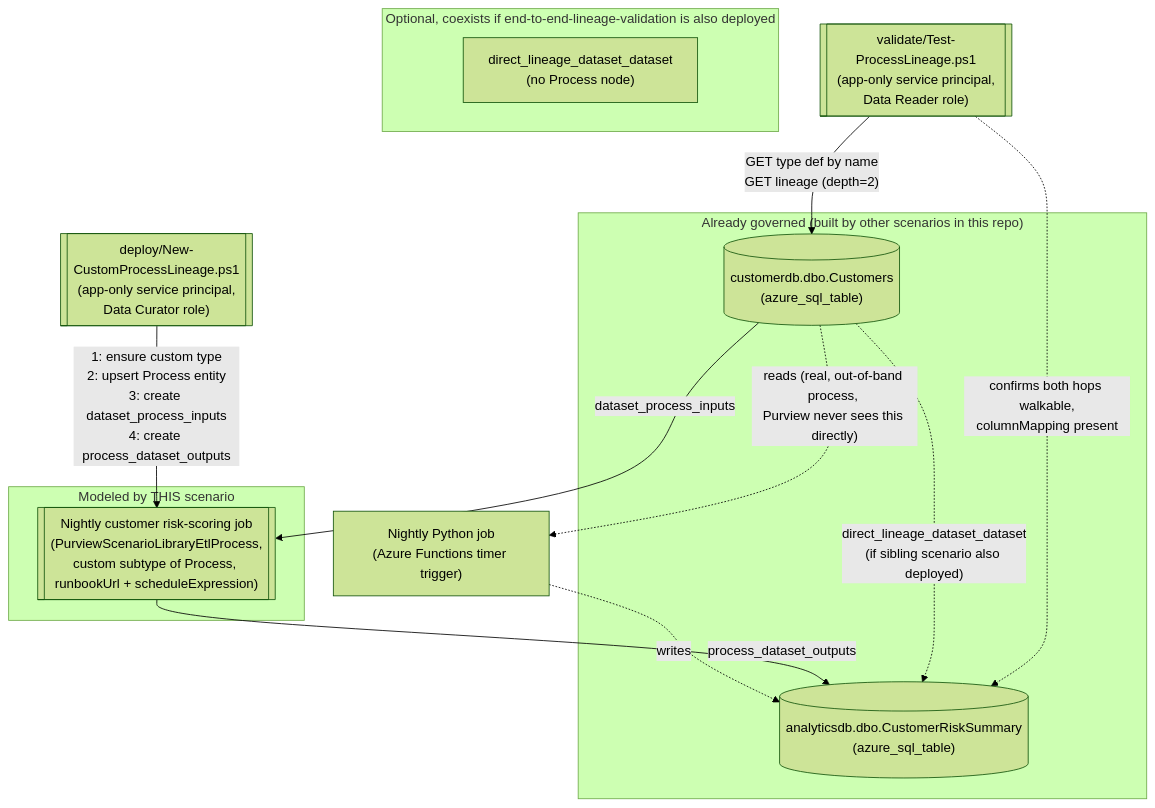
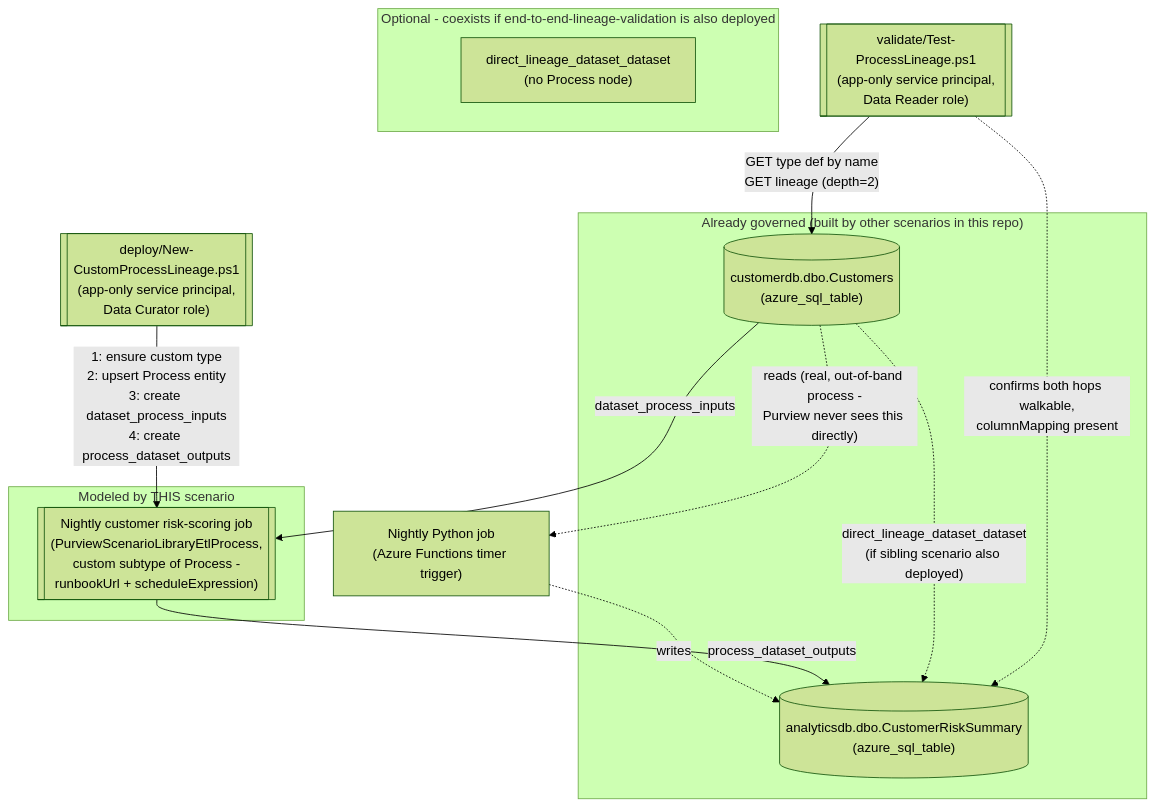
The diagram in src/content/scenarios/data-lineage/custom-process-lineage.md (kpsec1/kpsec1.github.io), drawn with Mermaid (forest theme) before and after one commit. The commit also changed other lines of this file and 374 other files, not shown here.

````diff
--- a/src/content/scenarios/data-lineage/custom-process-lineage.md
+++ b/src/content/scenarios/data-lineage/custom-process-lineage.md
@@ -64,29 +64,29 @@
 ```mermaid
 flowchart TD
     subgraph Assets["Already governed (built by other scenarios in this repo)"]
         Src[("customerdb.dbo.Customers<br/>(azure_sql_table)")]
         Dst[("analyticsdb.dbo.CustomerRiskSummary<br/>(azure_sql_table)")]
     end
 
     subgraph Modeled["Modeled by THIS scenario"]
-        Proc[["Nightly customer risk-scoring job<br/>(PurviewScenarioLibraryEtlProcess,<br/>custom subtype of Process, <br/>runbookUrl + scheduleExpression)"]]
+        Proc[["Nightly customer risk-scoring job<br/>(PurviewScenarioLibraryEtlProcess,<br/>custom subtype of Process -<br/>runbookUrl + scheduleExpression)"]]
     end
 
-    subgraph Sibling["Optional, coexists if end-to-end-lineage-validation is also deployed"]
+    subgraph Sibling["Optional - coexists if end-to-end-lineage-validation is also deployed"]
         DirectEdge["direct_lineage_dataset_dataset<br/>(no Process node)"]
     end
 
     Deployer[["deploy/New-CustomProcessLineage.ps1<br/>(app-only service principal,<br/>Data Curator role)"]]
     Validator[["validate/Test-ProcessLineage.ps1<br/>(app-only service principal,<br/>Data Reader role)"]]
 
-    Src -. "reads (real, out-of-band process, <br/>Purview never sees this directly)" .-> RealJob["Nightly Python job<br/>(Azure Functions timer trigger)"]
+    Src -. "reads (real, out-of-band process -<br/>Purview never sees this directly)" .-> RealJob["Nightly Python job<br/>(Azure Functions timer trigger)"]
     RealJob -. "writes" .-> Dst
 
     Deployer -- "1: ensure custom type<br/>2: upsert Process entity<br/>3: create dataset_process_inputs<br/>4: create process_dataset_outputs" --> Proc
     Src -->|"dataset_process_inputs"| Proc
     Proc -->|"process_dataset_outputs"| Dst
     Src -.->|"direct_lineage_dataset_dataset<br/>(if sibling scenario also deployed)"| Dst
 
     Validator -- "GET type def by name<br/>GET lineage (depth=2)" --> Src
     Validator -. "confirms both hops walkable,<br/>columnMapping present" .-> Dst
 ```
````
